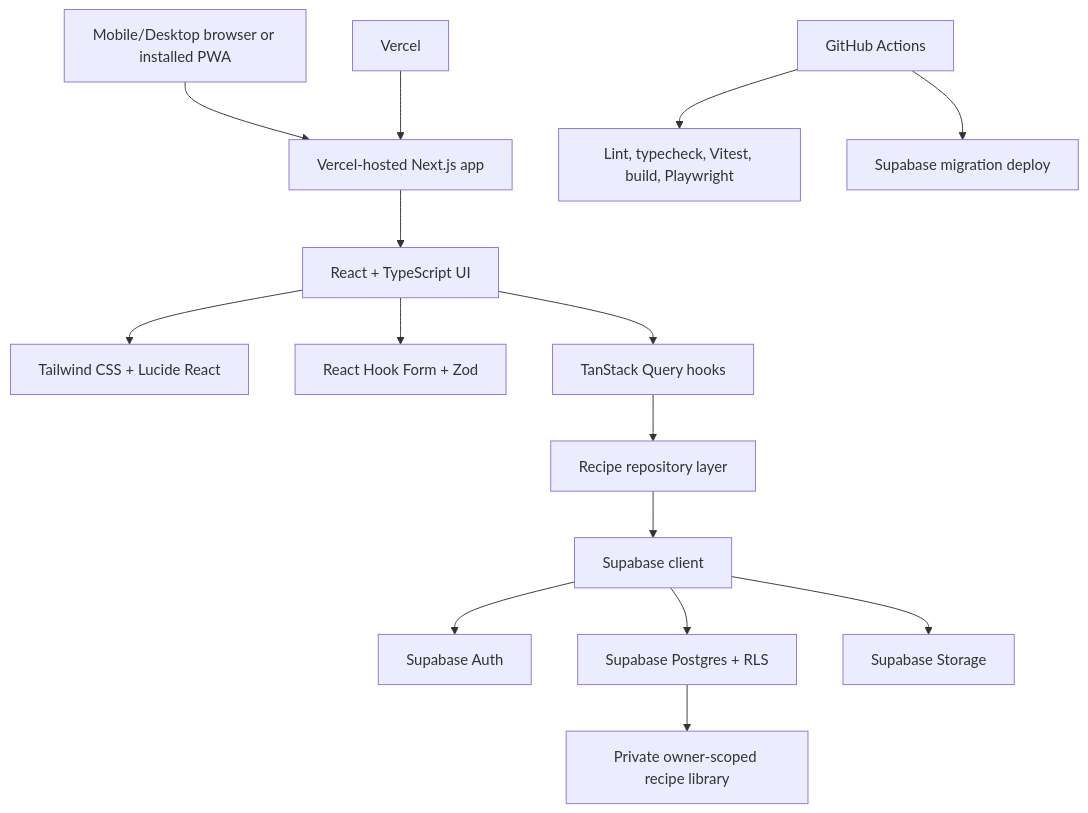
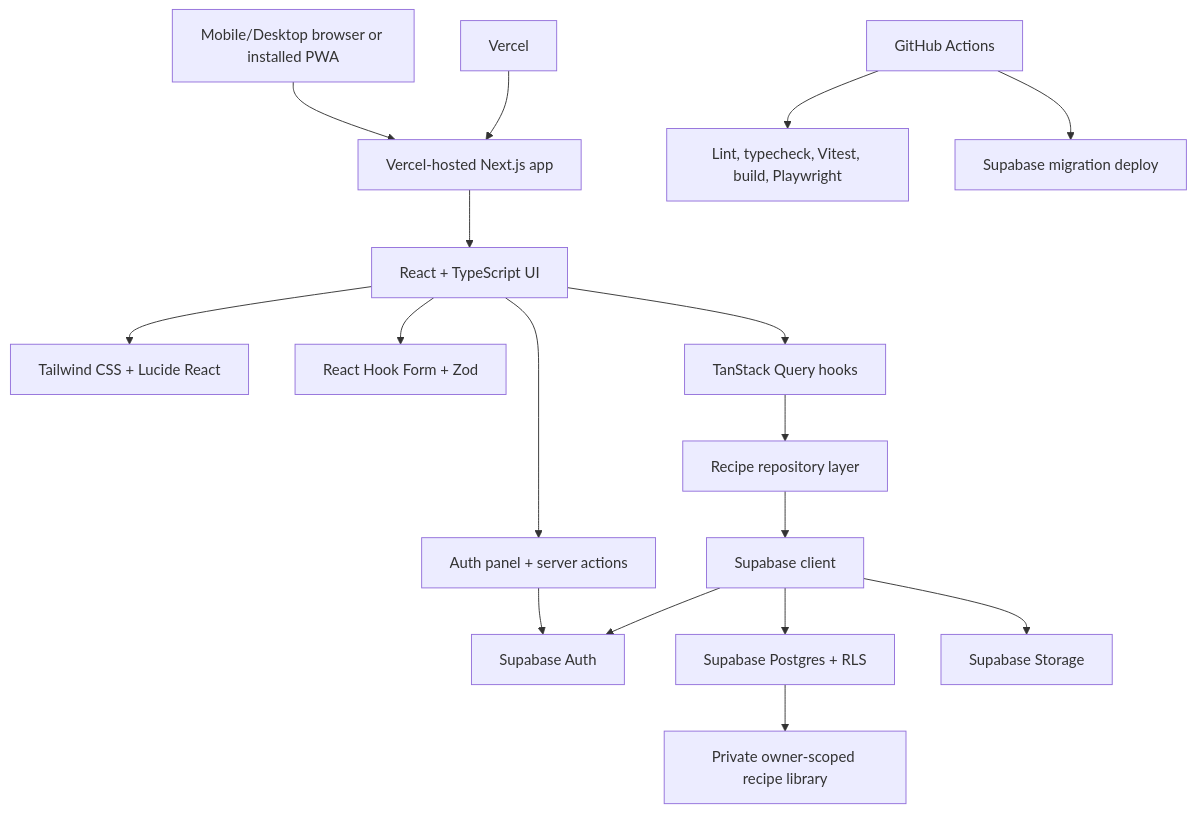
One commit to zzdlklzz/pocket-plates changed the diagram in docs/ARCHITECTURE.md. Above: the diagram before and after it, drawn with Mermaid. The commit also changed other lines of this file and 13 other files, not shown here.

Commit message:
feat(auth): add Supabase session foundation

````diff
--- a/docs/ARCHITECTURE.md
+++ b/docs/ARCHITECTURE.md
@@ -24,17 +24,19 @@
 ```mermaid
 flowchart TD
     A["Mobile/Desktop browser or installed PWA"] --> B["Vercel-hosted Next.js app"]
     B --> C["React + TypeScript UI"]
     C --> D["Tailwind CSS + Lucide React"]
     C --> E["React Hook Form + Zod"]
     C --> F["TanStack Query hooks"]
+    C --> Q["Auth panel + server actions"]
+    Q --> I["Supabase Auth"]
     F --> G["Recipe repository layer"]
     G --> H["Supabase client"]
     H --> I["Supabase Auth"]
     H --> J["Supabase Postgres + RLS"]
     H --> K["Supabase Storage"]
     J --> L["Private owner-scoped recipe library"]
     M["GitHub Actions"] --> N["Lint, typecheck, Vitest, build, Playwright"]
     M --> O["Supabase migration deploy"]
     P["Vercel"] --> B
 ```
````
